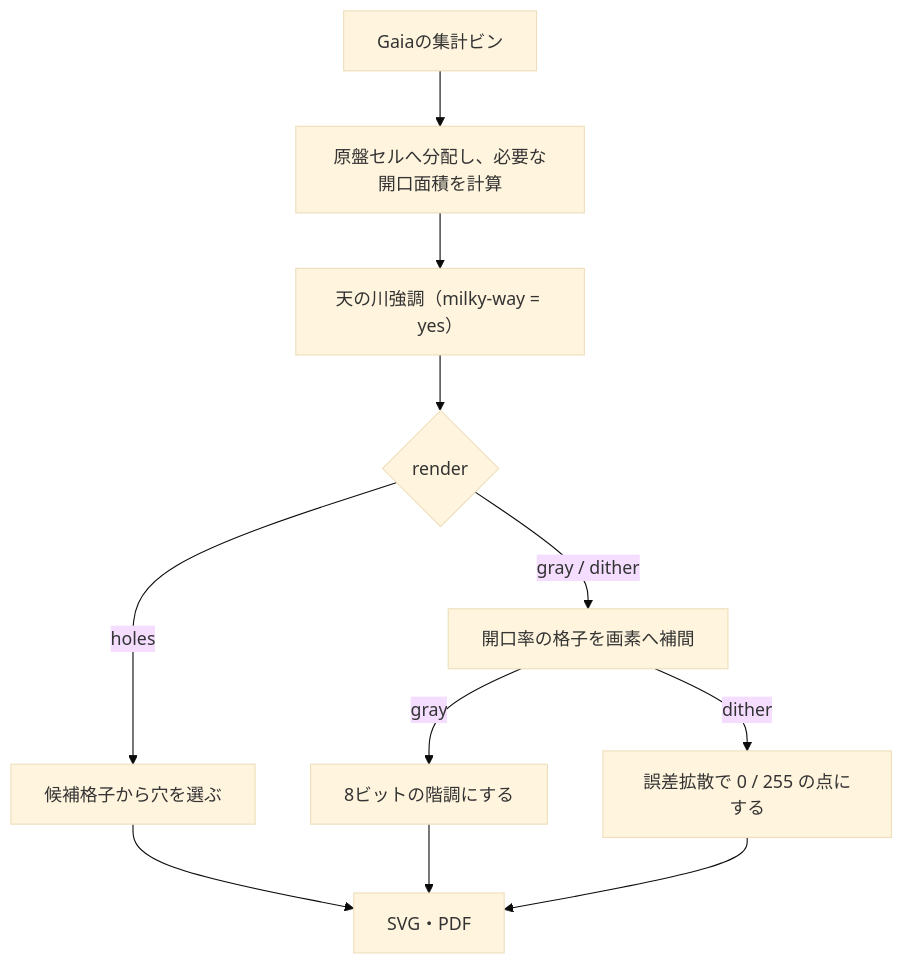
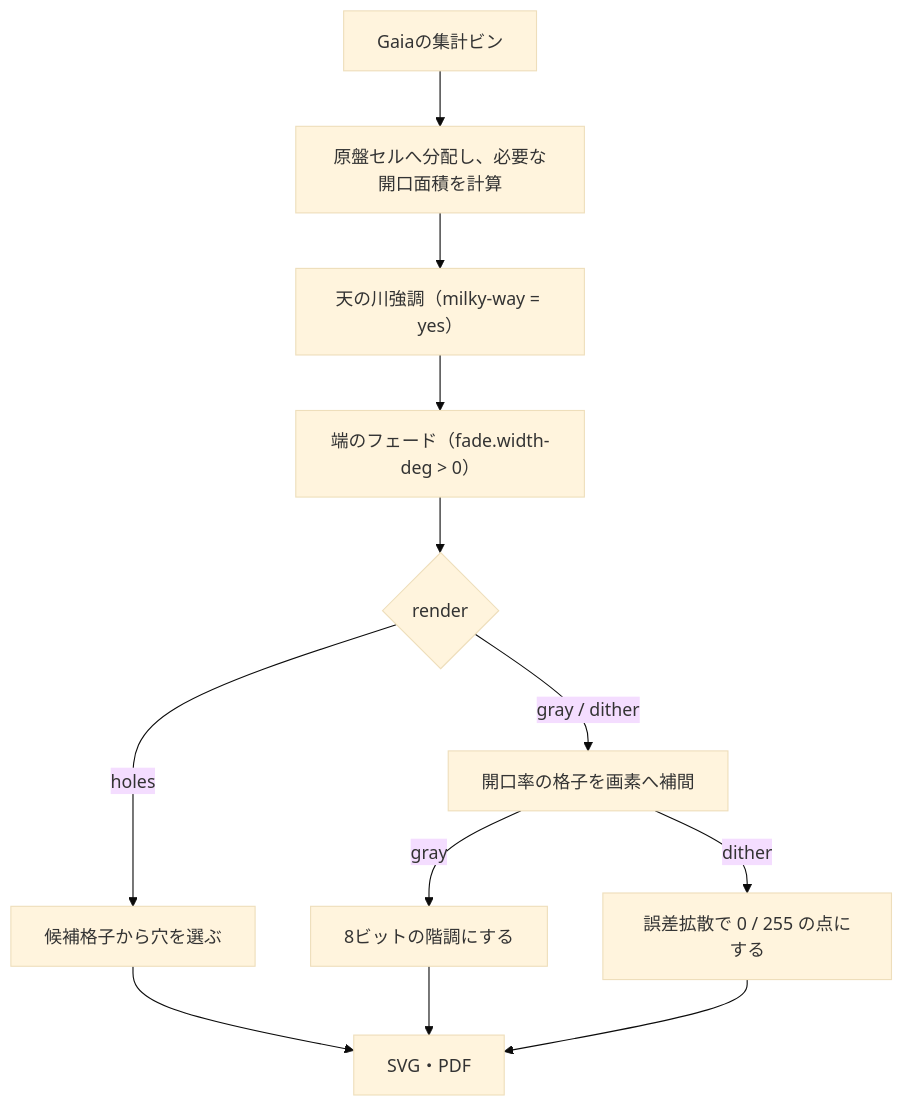
One commit to asanumakottii-collab/GingaForge changed the diagram in docs/gaia.md. Above: the diagram before and after it, drawn with Mermaid (base theme). The commit also changed other lines of this file and 4 other files, not shown here.

````diff
--- a/docs/gaia.md
+++ b/docs/gaia.md
@@ -12,13 +12,14 @@
 ```mermaid
 flowchart TD
     A["Gaiaの集計ビン"] --> B["原盤セルへ分配し、必要な開口面積を計算"]
     B --> C["天の川強調（milky-way = yes）"]
-    C --> D{"render"}
+    C --> J["端のフェード（fade.width-deg > 0）"]
+    J --> D{"render"}
     D -->|holes| E["候補格子から穴を選ぶ"]
     D -->|"gray / dither"| F["開口率の格子を画素へ補間"]
     F -->|gray| G["8ビットの階調にする"]
     F -->|dither| H["誤差拡散で 0 / 255 の点にする"]
     E --> I["SVG・PDF"]
     G --> I
     H --> I
 ```
````
